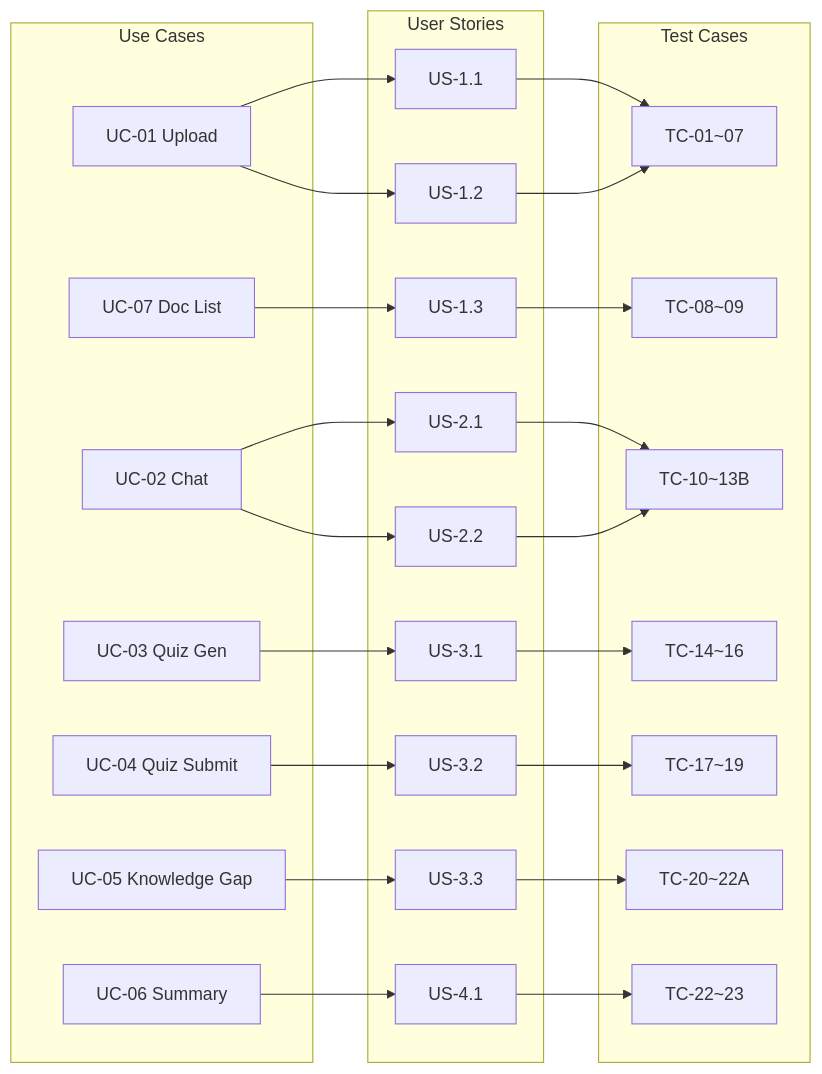
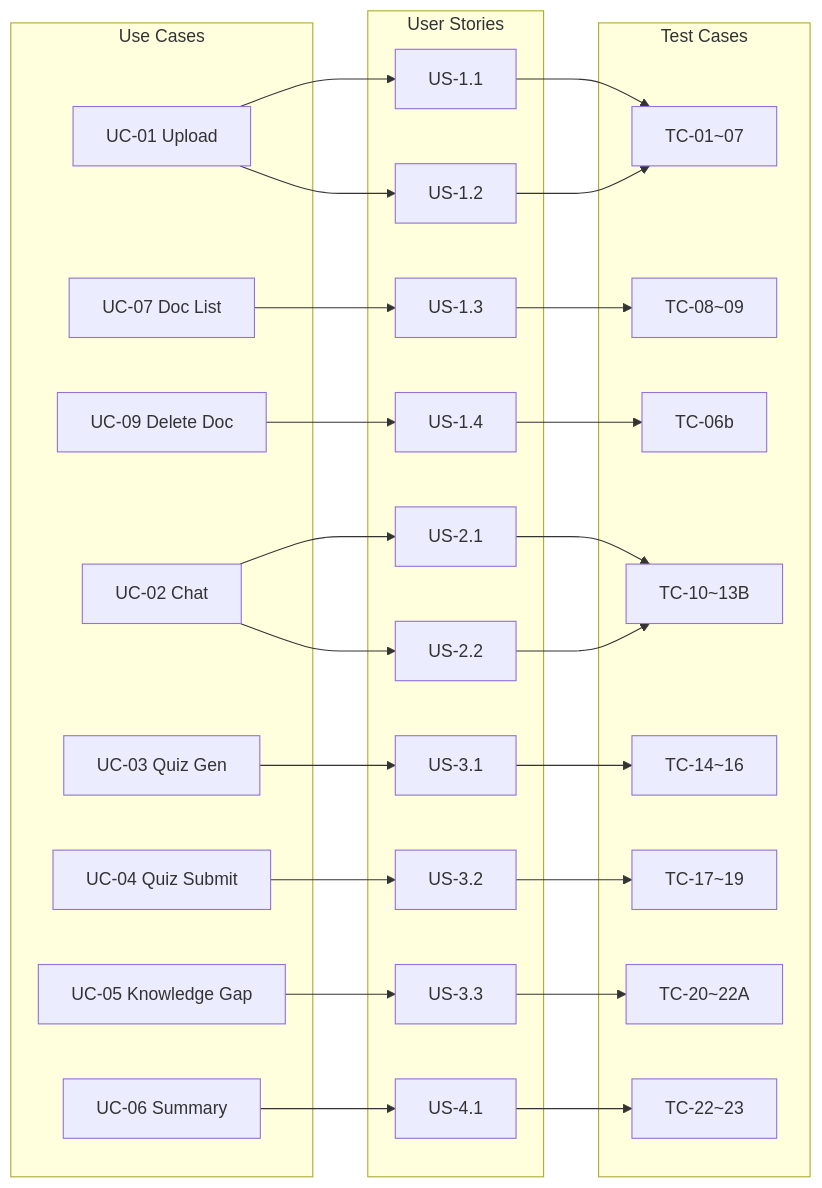
Before and after one commit to johnmak101-ops/RevisionApp: the diagram in docs/en/TRACEABILITY_MATRIX.md, drawn with Mermaid. The commit also changed other lines of this file and 64 other files, not shown here.

````diff
--- a/docs/en/TRACEABILITY_MATRIX.md
+++ b/docs/en/TRACEABILITY_MATRIX.md
@@ -149,54 +157,59 @@
 ```mermaid
 graph LR
     subgraph Use Cases
         UC1["UC-01 Upload"]
         UC2["UC-02 Chat"]
         UC3["UC-03 Quiz Gen"]
         UC4["UC-04 Quiz Submit"]
         UC5["UC-05 Knowledge Gap"]
         UC6["UC-06 Summary"]
         UC7["UC-07 Doc List"]
+        UC9["UC-09 Delete Doc"]
     end
     
     subgraph User Stories
         US11["US-1.1"]
         US12["US-1.2"]
         US13["US-1.3"]
+        US14["US-1.4"]
         US21["US-2.1"]
         US22["US-2.2"]
         US31["US-3.1"]
         US32["US-3.2"]
         US33["US-3.3"]
         US41["US-4.1"]
     end
     
     subgraph Test Cases
         TC01["TC-01~07"]
         TC08["TC-08~09"]
+        TC06B["TC-06b"]
         TC10["TC-10~13B"]
         TC14["TC-14~16"]
         TC17["TC-17~19"]
         TC20["TC-20~22A"]
         TC22["TC-22~23"]
     end
     
     UC1 --> US11
     UC1 --> US12
     UC7 --> US13
+    UC9 --> US14
     UC2 --> US21
     UC2 --> US22
     UC3 --> US31
     UC4 --> US32
     UC5 --> US33
     UC6 --> US41
     
     US11 --> TC01
     US12 --> TC01
     US13 --> TC08
+    US14 --> TC06B
     US21 --> TC10
     US22 --> TC10
     US31 --> TC14
     US32 --> TC17
     US33 --> TC20
     US41 --> TC22
 ```
````
